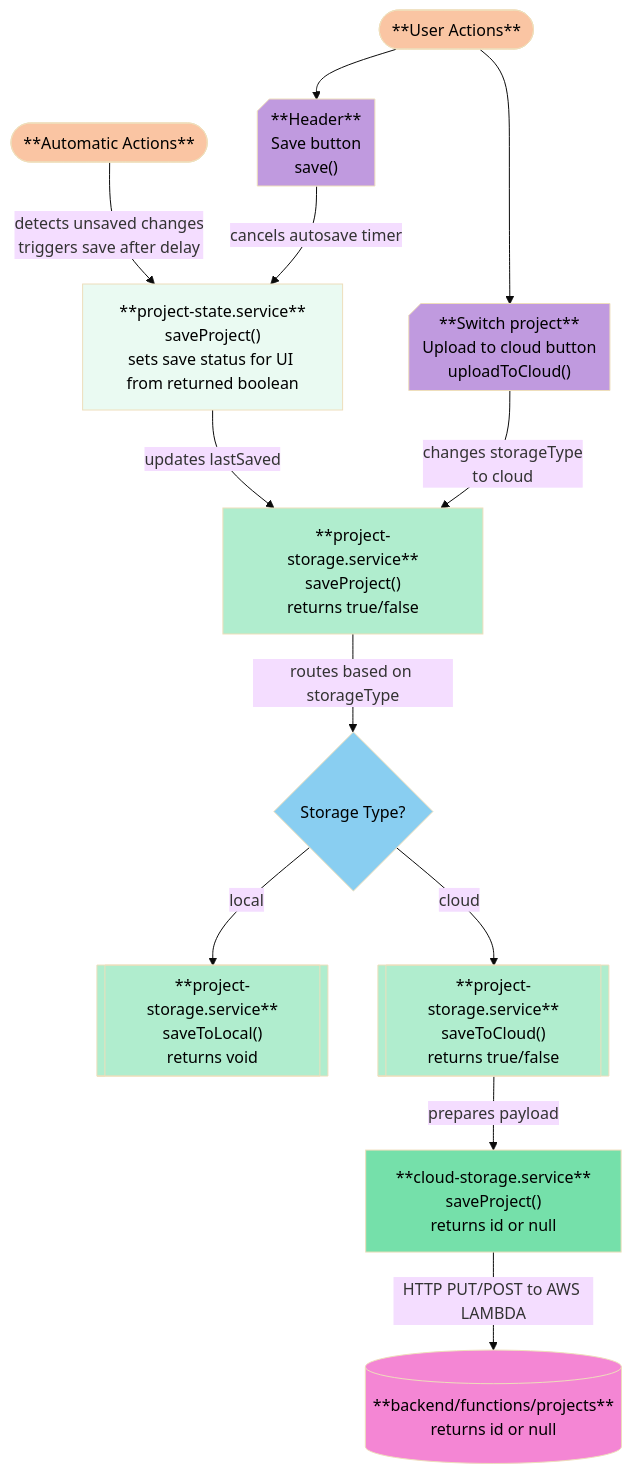
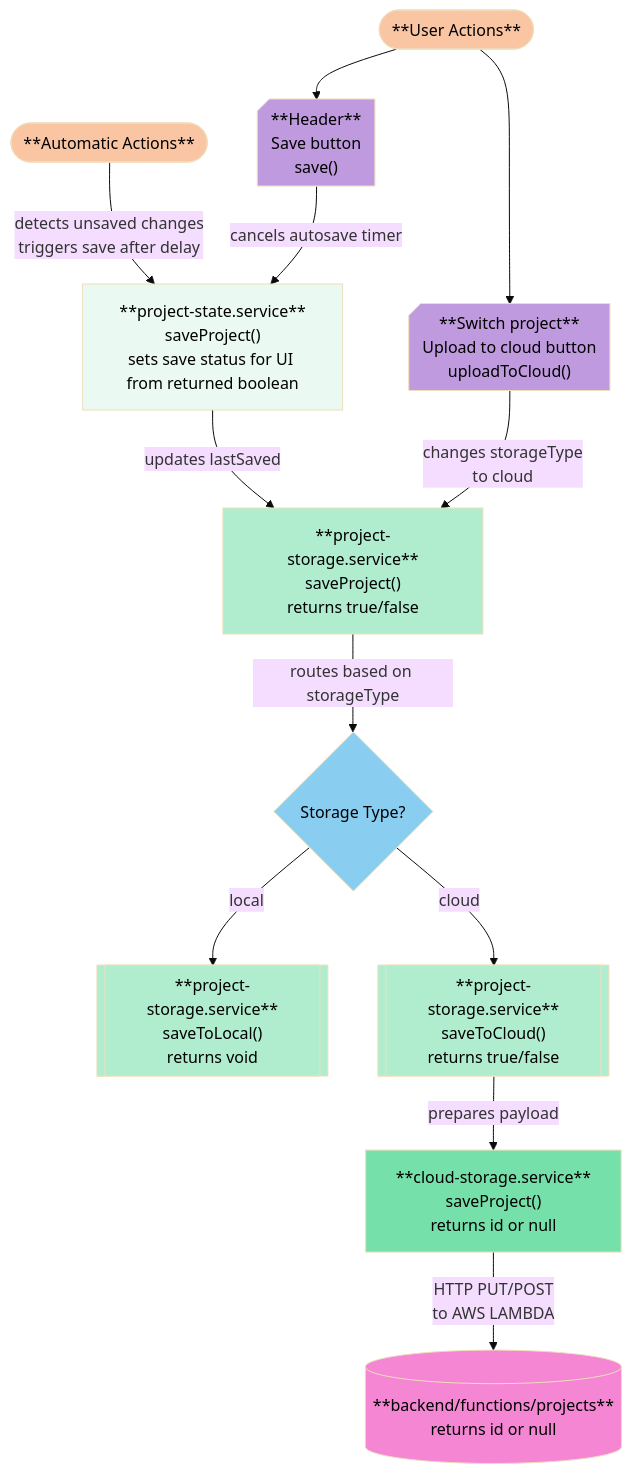
Before and after one commit to cra-proto/design-assistant: the diagram in README.md, drawn with Mermaid (base theme).

Commit message:
Add break

````diff
--- a/README.md
+++ b/README.md
@@ -209,39 +209,39 @@
 ```mermaid
 flowchart TB
     AUTO(["**Automatic Actions**"])
     USER(["**User Actions**"])
     HEADER["**Header**<br>Save button<br>save()"]
     SWITCH["**Switch project**<br>Upload to cloud button<br>uploadToCloud()"]
     STATE["**project-state.service**<br>saveProject()<br>sets save status for UI from returned boolean"]
     STORAGE["**project-storage.service**<br>saveProject()<br>returns true/false"]
     TYPE{"Storage Type?"}
     STORAGEL[["**project-storage.service**<br>saveToLocal()<br>returns void"]]
     STORAGEC[["**project-storage.service**<br>saveToCloud()<br>returns true/false"]]
     CLOUD["**cloud-storage.service**<br>saveProject()<br>returns id or null"]
     FUNCTION[("**backend/functions/projects**<br>returns id or null")]
 
     AUTO -- detects unsaved changes<br>triggers save after delay--> STATE
     USER --> HEADER & SWITCH
     HEADER --cancels autosave timer--> STATE
     STATE --updates lastSaved--> STORAGE
     SWITCH --changes storageType<br>to cloud--> STORAGE
     STORAGE --routes based on storageType--> TYPE
     TYPE --local--> STORAGEL
     TYPE --cloud--> STORAGEC
     STORAGEC --prepares payload--> CLOUD
-    CLOUD --HTTP PUT/POST to AWS LAMBDA--> FUNCTION
+    CLOUD --HTTP PUT/POST<br>to AWS LAMBDA--> FUNCTION
     
     HEADER@{ shape: card}
     SWITCH@{ shape: card}
     style AUTO fill:#fac5a3,color:#000000
     style USER fill:#fac5a3,color:#000000
     style HEADER fill:#c09adf,color:#000000
     style SWITCH fill:#c09adf,color:#000000
     style STATE fill:#eafaf2,color:#000000
     style STORAGE fill:#b0edce,color:#000000
     style TYPE fill:#89cef1,color:#000000
     style STORAGEL fill:#b0edce,color:#000000
     style STORAGEC fill:#b0edce,color:#000000
     style CLOUD fill:#75e0aa,color:#000000
     style FUNCTION fill:#f486d4,color:#000000
 ```
````
